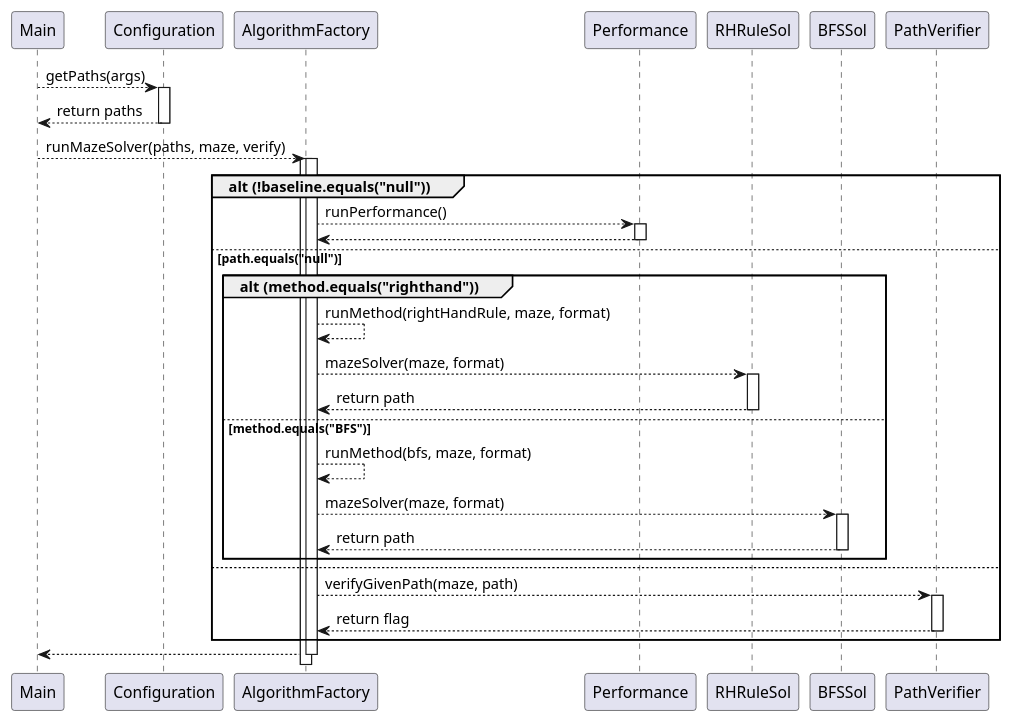
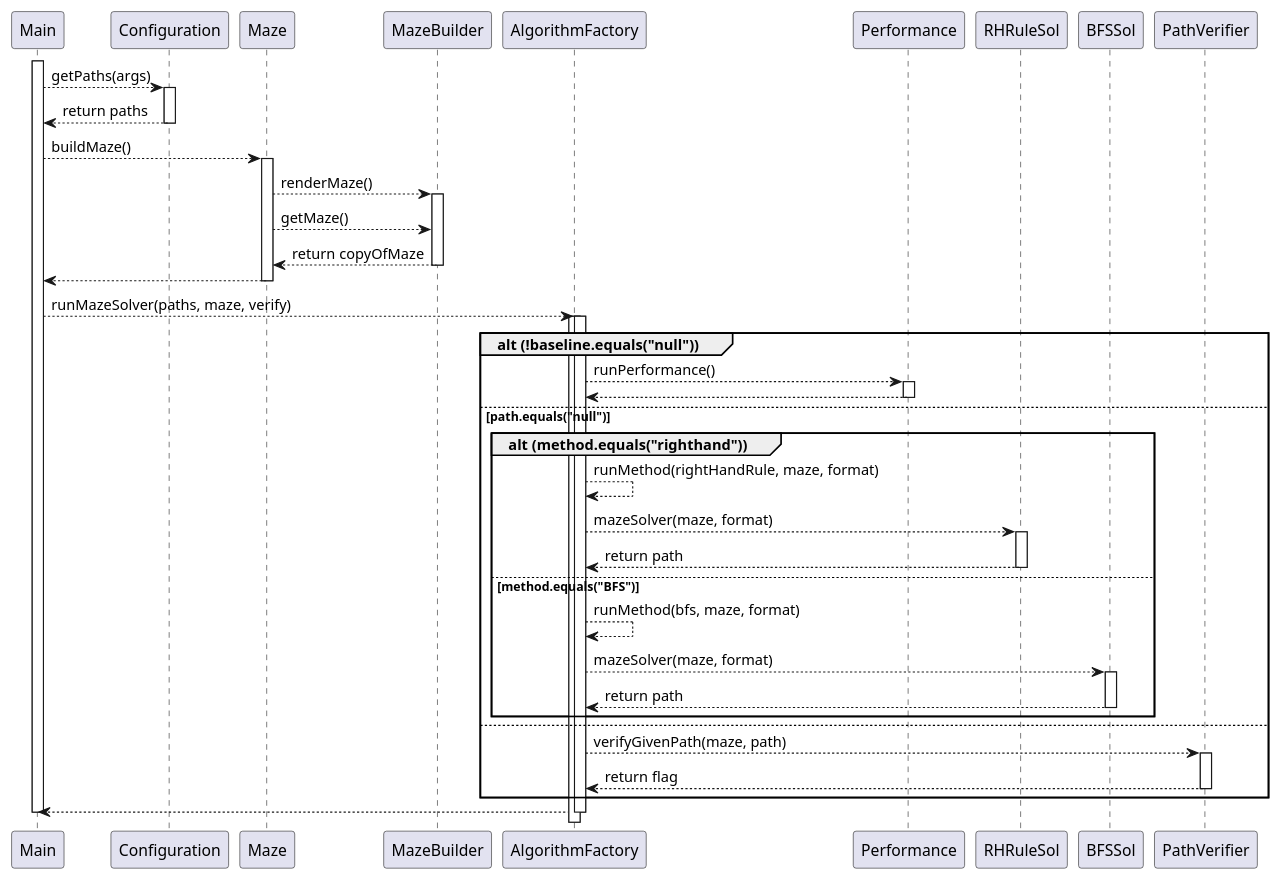
The diagram in src/main/UMLDiagrams/HighLevelSequenceDiagram.plantuml (AhsanM71/Maze-Solver-and-Verification-System), drawn with PlantUML before and after one commit. The commit also changed 9 other files, not shown here.

Commit message:
updated uml diagrams

```diff
--- a/src/main/UMLDiagrams/HighLevelSequenceDiagram.plantuml
+++ b/src/main/UMLDiagrams/HighLevelSequenceDiagram.plantuml
@@ -1,96 +1,110 @@
 @startuml Sequence
 
     participant Main
     participant Configuration
+    participant Maze
+    participant MazeBuilder
     participant AlgorithmFactory
     participant Performance
     participant RHRuleSol
     participant BFSSol
     participant PathVerifier
     
+    activate Main
     Main --> Configuration: getPaths(args) 
     activate Configuration
     Main <-- Configuration: return paths
     deactivate Configuration
 
+    Main --> Maze: buildMaze()
+    activate Maze
+    
+    Maze --> MazeBuilder: renderMaze()
+    activate MazeBuilder
+    Maze --> MazeBuilder: getMaze()
+    Maze <-- MazeBuilder: return copyOfMaze
+    deactivate MazeBuilder
+    Main <-- Maze: 
+    deactivate Maze
 
     Main --> AlgorithmFactory ++: runMazeSolver(paths, maze, verify)
     activate AlgorithmFactory
     group alt (!baseline.equals("null"))
 
     AlgorithmFactory --> Performance: runPerformance()
     activate Performance
 
     AlgorithmFactory <-- Performance
     deactivate Performance
     else path.equals("null")
 
     group alt (method.equals("righthand"))
     AlgorithmFactory --> AlgorithmFactory: runMethod(rightHandRule, maze, format)
     AlgorithmFactory --> RHRuleSol: mazeSolver(maze, format)
     activate RHRuleSol
     AlgorithmFactory <-- RHRuleSol: return path
     deactivate RHRuleSol
 
     else method.equals("BFS")
     AlgorithmFactory --> AlgorithmFactory: runMethod(bfs, maze, format)
     AlgorithmFactory --> BFSSol: mazeSolver(maze, format)
     activate BFSSol
     AlgorithmFactory <-- BFSSol: return path
     deactivate BFSSol
     end
     else 
 
     AlgorithmFactory --> PathVerifier: verifyGivenPath(maze, path)
     activate PathVerifier
     AlgorithmFactory <-- PathVerifier: return flag
     deactivate PathVerifier
     end
 
     Main <-- AlgorithmFactory
     deactivate AlgorithmFactory
+    deactivate Main
 
     ' group loop [command != stop] 
     ' -> Explorer: takeDecision()
 
     ' Explorer -> Search ++: performSearch()
 
     ' Search -> Phase  ++: isLastPhase()
     ' Search <- Phase: return last
 
     ' Search -> Phase: isFinished()
     ' Search <- Phase : return finished
 
     ' Search -> Phase: [finished = true] getNextPhase()
     ' Search <-- Phase: return phase
 
     ' Search -> Phase : getDroneCommand()
     ' Search <-- Phase : return command
 
     ' Explorer <-- Search: return command
 
     ' <-- Explorer: return command
 
     ' -> Explorer: acknowledgeResults(s: String)
 
     ' Explorer -> Search: readResponse(response: JSONObject, map: Map)
 
     ' Search -> Phase: processInfo(response: JSONObject)
     ' Search <-- Phase --
 
     ' Search -> Map ++: addPOI()
     ' Search <-- Map --
 
     ' Explorer <-- Search --
 
     ' <-- Explorer
     ' end
 
     ' -> Explorer: deliverFinalReport()
 
     ' Explorer -> Report ++: generateReport(map: Map)
     ' Explorer <-- Report --: return report
 
     ' <-- Explorer: return report
 
 @enduml
```
